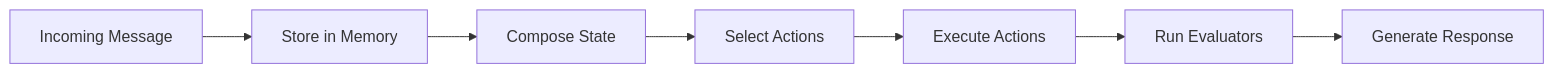
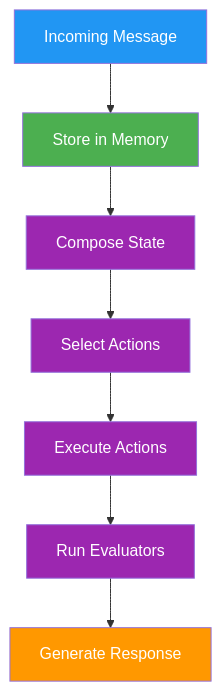
Before and after one commit to elizaOS/docs: the third of 3 diagrams in runtime/core.mdx, drawn with Mermaid. The commit also changed other lines of this file and 10 other files, not shown here.

Commit message:
improve mermaids

````diff
--- a/runtime/core.mdx
+++ b/runtime/core.mdx
@@ -260,9 +278,19 @@
 ```mermaid
-graph LR
+flowchart TD
     Message[Incoming Message] --> Memory[Store in Memory]
     Memory --> State[Compose State]
     State --> Actions[Select Actions]
     Actions --> Execute[Execute Actions]
     Execute --> Evaluate[Run Evaluators]
     Evaluate --> Response[Generate Response]
+    
+    classDef input fill:#2196f3,color:#fff
+    classDef storage fill:#4caf50,color:#fff
+    classDef processing fill:#9c27b0,color:#fff
+    classDef output fill:#ff9800,color:#fff
+    
+    class Message input
+    class Memory storage
+    class State,Actions,Execute,Evaluate processing
+    class Response output
 ```
````
